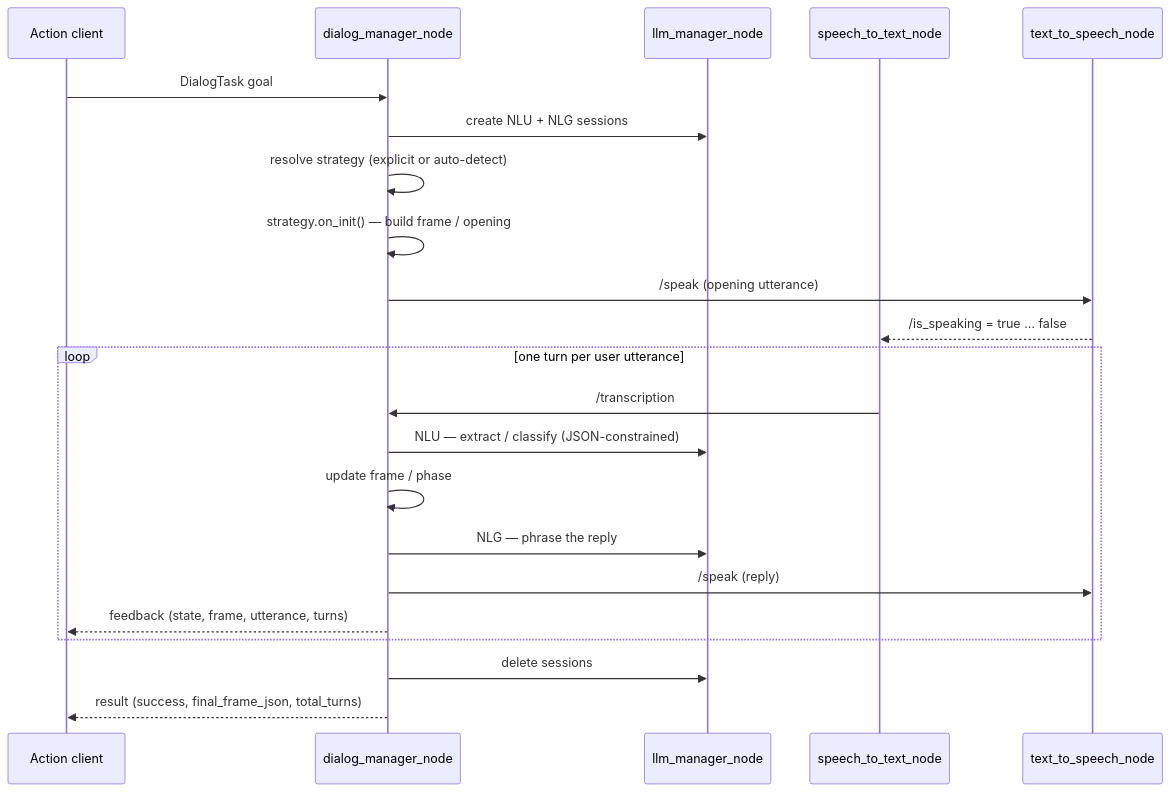
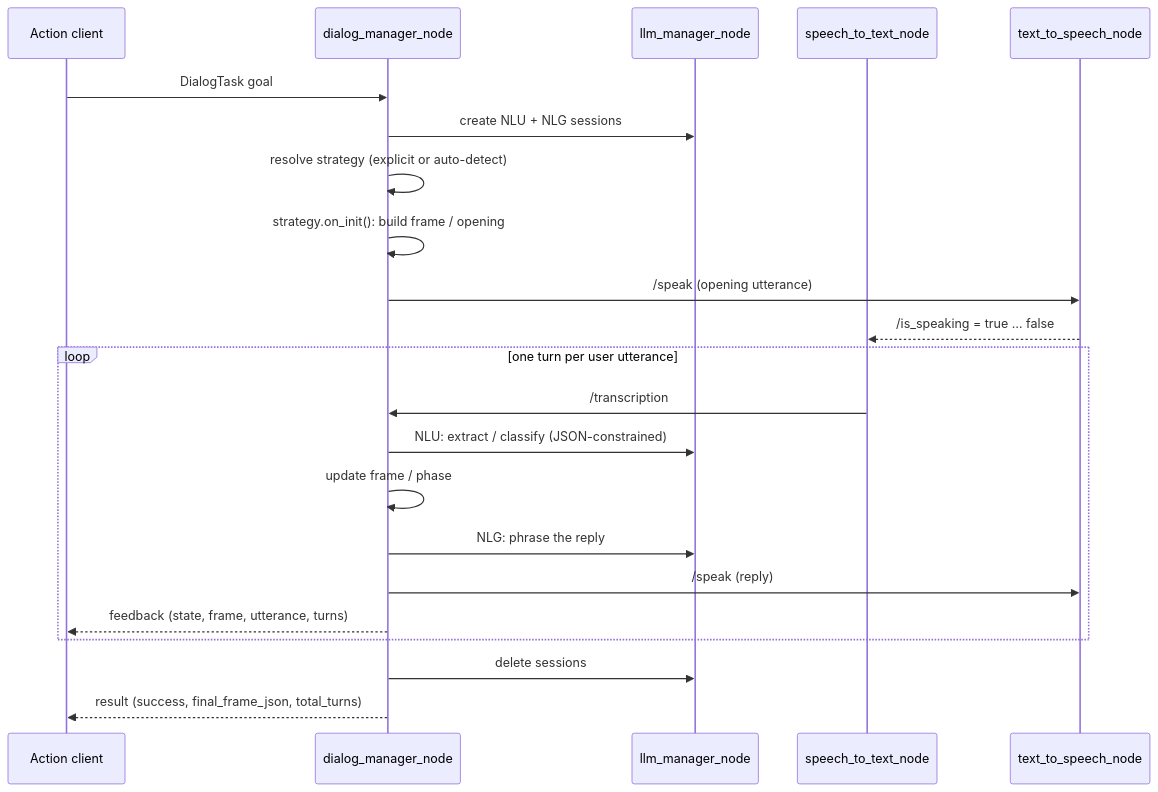
One commit to aquintan4/DialoStack changed the first of 2 diagrams in docs/architecture.md. Above: the diagram before and after it, drawn with Mermaid. The commit also changed other lines of this file and 97 other files, not shown here.

````diff
--- a/docs/architecture.md
+++ b/docs/architecture.md
@@ -64,25 +64,25 @@
 ```mermaid
 sequenceDiagram
     participant C as Action client
     participant DM as dialog_manager_node
     participant LLM as llm_manager_node
     participant STT as speech_to_text_node
     participant TTS as text_to_speech_node
 
     C->>DM: DialogTask goal
     DM->>LLM: create NLU + NLG sessions
     DM->>DM: resolve strategy (explicit or auto-detect)
-    DM->>DM: strategy.on_init() — build frame / opening
+    DM->>DM: strategy.on_init(): build frame / opening
     DM->>TTS: /speak (opening utterance)
     TTS-->>STT: /is_speaking = true … false
     loop one turn per user utterance
         STT->>DM: /transcription
-        DM->>LLM: NLU — extract / classify (JSON-constrained)
+        DM->>LLM: NLU: extract / classify (JSON-constrained)
         DM->>DM: update frame / phase
-        DM->>LLM: NLG — phrase the reply
+        DM->>LLM: NLG: phrase the reply
         DM->>TTS: /speak (reply)
         DM-->>C: feedback (state, frame, utterance, turns)
     end
     DM->>LLM: delete sessions
     DM-->>C: result (success, final_frame_json, total_turns)
 ```
````
